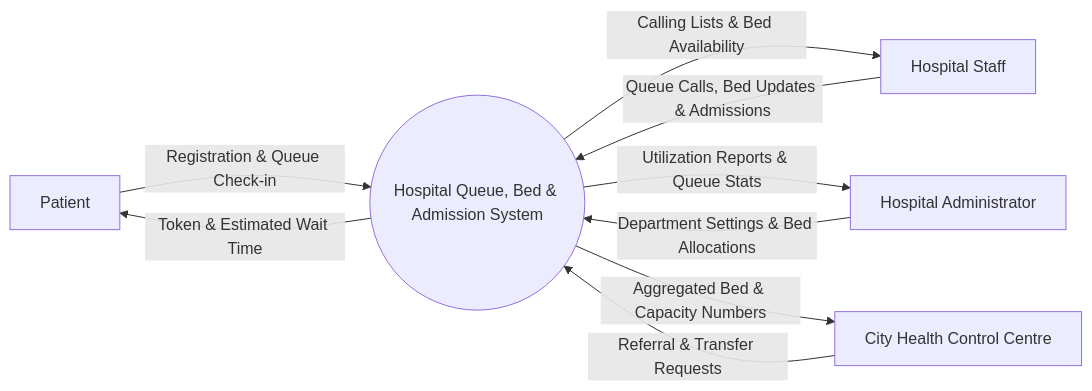
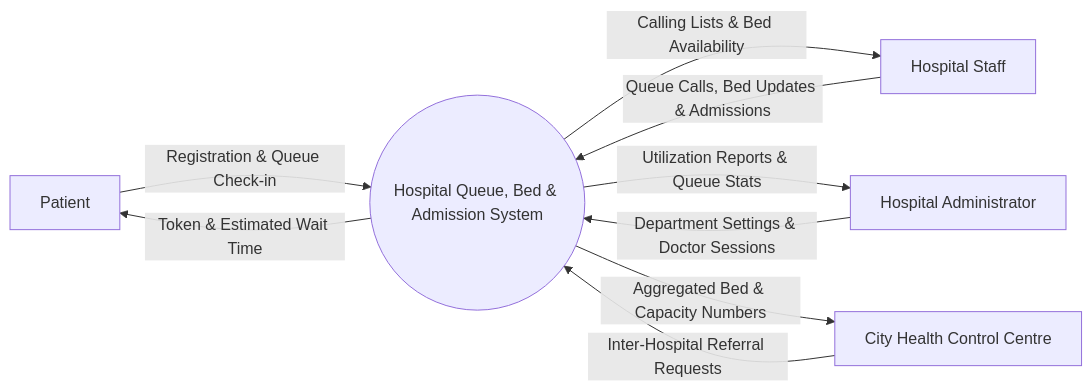
The first of 6 diagrams in documentation/Hospital_Management_System_Proposal.md (Ar1es-XD/AP-Project), drawn with Mermaid before and after one commit. The commit also changed other lines of this file and 5 other files, not shown here.

Commit message:
docs: update proposal, build plan, and ER diagram to reflect redistributed plan and remove obsolete PDFs

````diff
--- a/documentation/Hospital_Management_System_Proposal.md
+++ b/documentation/Hospital_Management_System_Proposal.md
@@ -633,21 +320,21 @@
 ```mermaid
 flowchart LR
     P[Patient]
     S[Hospital Staff]
     A[Hospital Administrator]
     C[City Health Control Centre]
 
     SYS(("Hospital Queue, Bed & Admission System"))
 
     P -->|Registration & Queue Check-in| SYS
     SYS -->|Token & Estimated Wait Time| P
 
     S -->|Queue Calls, Bed Updates & Admissions| SYS
     SYS -->|Calling Lists & Bed Availability| S
 
-    A -->|Department Settings & Bed Allocations| SYS
+    A -->|Department Settings & Doctor Sessions| SYS
     SYS -->|Utilization Reports & Queue Stats| A
 
     SYS -->|Aggregated Bed & Capacity Numbers| C
-    C -->|Referral & Transfer Requests| SYS
+    C -->|Inter-Hospital Referral Requests| SYS
 ```
````
